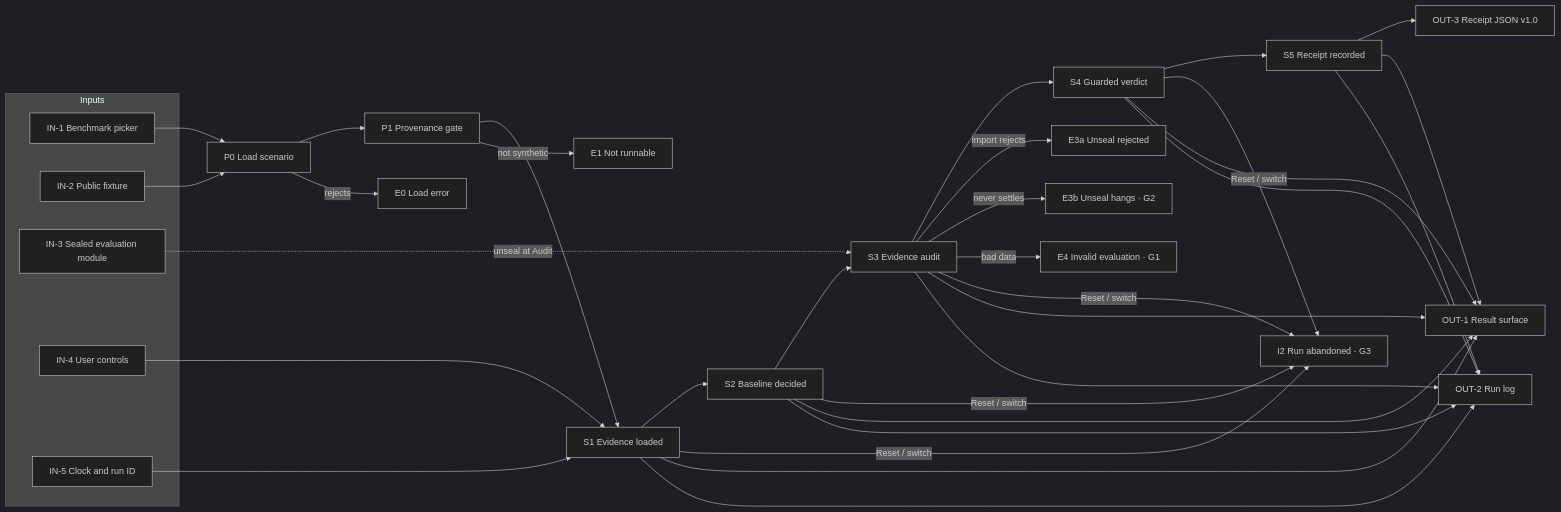
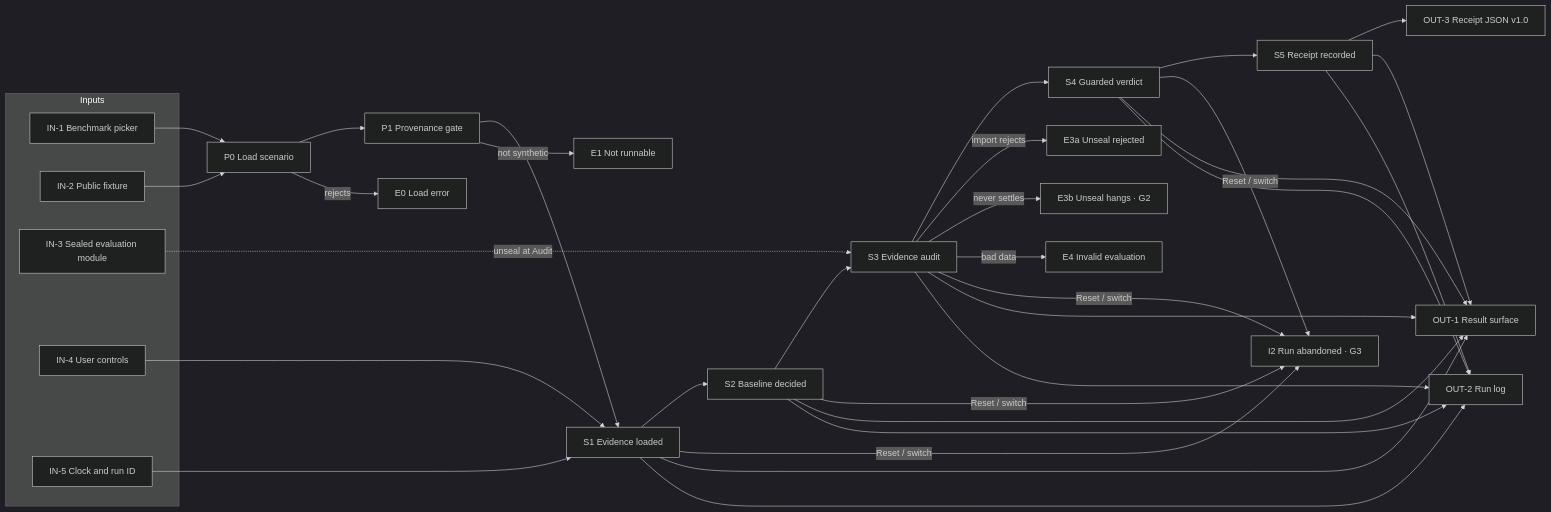
Before and after one commit to neomatrix369/falsifybench: the diagram in docs/PIPELINE.md, drawn with Mermaid (dark theme). The commit also changed other lines of this file and 9 other files, not shown here.

Commit message:
fix(audit): invalid sealed evaluation shows an error card instead of a blank page; boundary around the whole bench

````diff
--- a/docs/PIPELINE.md
+++ b/docs/PIPELINE.md
@@ -9,26 +9,26 @@
 ```mermaid
 flowchart LR
   subgraph IN[Inputs]
     IN1[IN-1 Benchmark picker]
     IN2[IN-2 Public fixture]
     IN3[IN-3 Sealed evaluation module]
     IN4[IN-4 User controls]
     IN5[IN-5 Clock and run ID]
   end
   P0[P0 Load scenario] --> P1[P1 Provenance gate]
   P1 --> S1[S1 Evidence loaded] --> S2[S2 Baseline decided] --> S3[S3 Evidence audit] --> S4[S4 Guarded verdict] --> S5[S5 Receipt recorded]
   IN1 --> P0
   IN2 --> P0
   IN3 -. unseal at Audit .-> S3
   IN4 --> S1
   IN5 --> S1
   P0 -- rejects --> E0[E0 Load error]
   P1 -- not synthetic --> E1[E1 Not runnable]
   S3 -- import rejects --> E3a[E3a Unseal rejected]
   S3 -- never settles --> E3b[E3b Unseal hangs · G2]
-  S3 -- bad data --> E4[E4 Invalid evaluation · G1]
+  S3 -- bad data --> E4[E4 Invalid evaluation]
   S1 & S2 & S3 & S4 -- Reset / switch --> I2[I2 Run abandoned · G3]
   S5 --> OUT3[OUT-3 Receipt JSON v1.0]
   S1 & S2 & S3 & S4 & S5 --> OUT1[OUT-1 Result surface]
   S1 & S2 & S3 & S4 & S5 --> OUT2[OUT-2 Run log]
 ```
````
